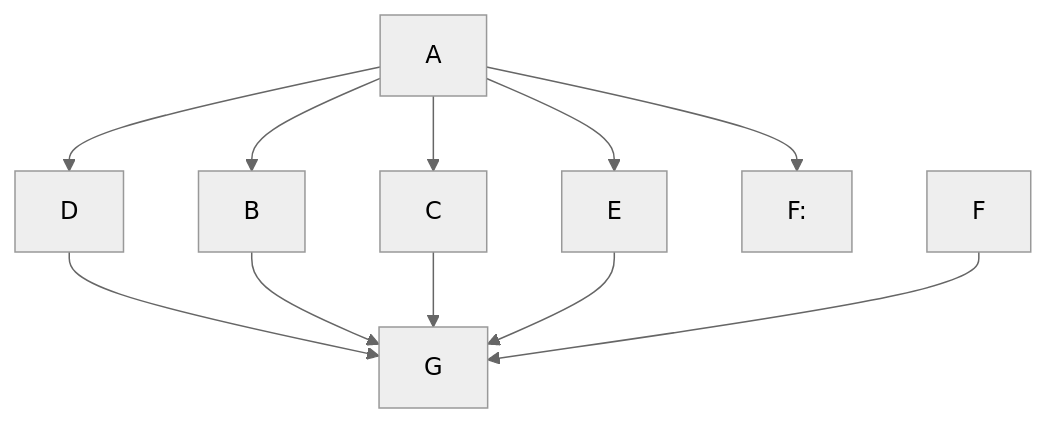
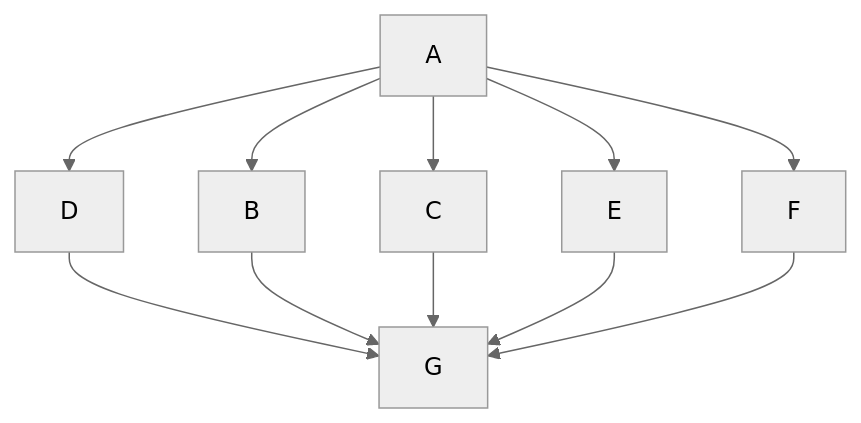
One commit to Thesacraft/Time changed the diagram in docs/TODOLIST.md. Above: the diagram before and after it, drawn with Mermaid (neutral theme).

````diff
--- a/docs/TODOLIST.md
+++ b/docs/TODOLIST.md
@@ -17,13 +17,13 @@
 ```mermaid
 graph TD;
     A-->B;
     A-->C;
     A-->D;
     A-->E;
-    A-->F:
+    A-->F;
     D-->G;
     B-->G;
     C-->G;
     E-->G;
     F-->G;
  ```
````
